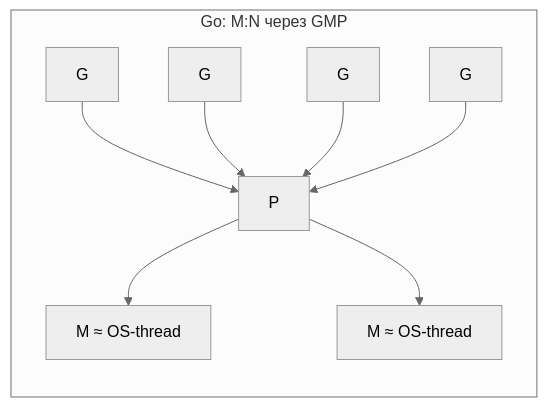
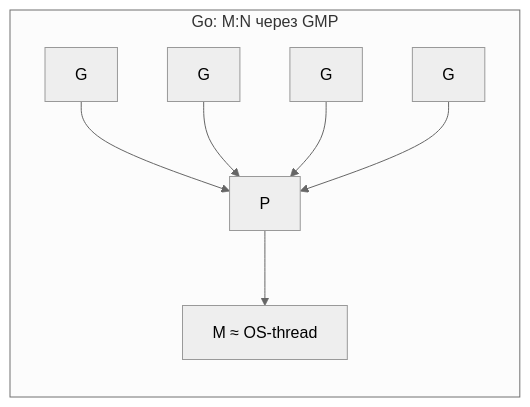
One commit to burovarte/PTROTHB changed the second of 6 diagrams in theory/14. Планировщик GMP.md. Above: the diagram before and after it, drawn with Mermaid (neutral theme). The commit also changed other lines of this file and 36 other files, not shown here.

````diff
--- a/theory/14. Планировщик GMP.md
+++ b/theory/14. Планировщик GMP.md
@@ -28,11 +28,10 @@
 ```mermaid
 flowchart LR
   subgraph "Go: M:N через GMP"
     G1[G] --> P[P]
     G2[G] --> P
     G3[G] --> P
     G4[G] --> P
     P --> M1[M ≈ OS-thread]
-    P --> M2[M ≈ OS-thread]
   end
 ```
````
